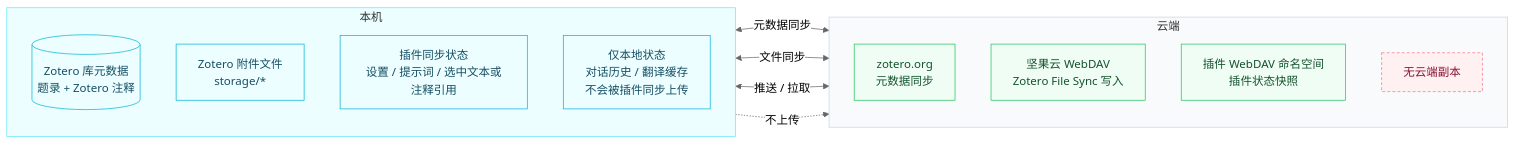
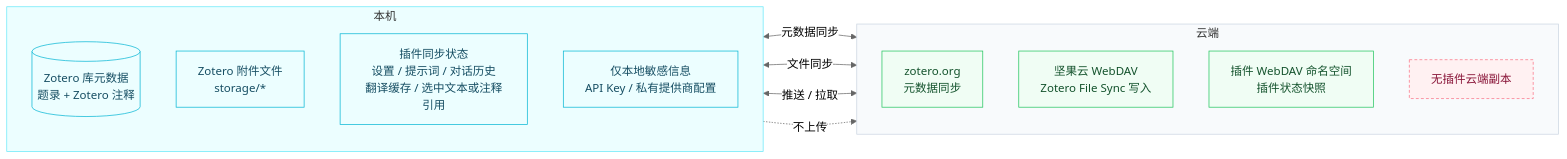
Before and after one commit to zhi-11/zotero-ai-sidebar: the second of 2 diagrams in README.zh-CN.md, drawn with Mermaid (neutral theme). The commit also changed other lines of this file and 1 other file, not shown here.

````diff
--- a/README.zh-CN.md
+++ b/README.zh-CN.md
@@ -172,30 +176,30 @@
 ```mermaid
 flowchart LR
     subgraph Local[本机]
         direction TB
         Lib[(Zotero 库元数据<br/>题录 + Zotero 注释)]
         Storage[Zotero 附件文件<br/>storage/*]
-        Plugin[插件同步状态<br/>设置 / 提示词 / 选中文本或注释引用]
-        LocalState[仅本地状态<br/>对话历史 / 翻译缓存<br/>不会被插件同步上传]
+        Plugin[插件同步状态<br/>设置 / 提示词 / 对话历史<br/>翻译缓存 / 选中文本或注释引用]
+        Secrets[仅本地敏感信息<br/>API Key / 私有提供商配置]
     end
     subgraph Cloud[云端]
         direction TB
         ZS[zotero.org<br/>元数据同步]
         WD1[坚果云 WebDAV<br/>Zotero File Sync 写入]
         WD2[插件 WebDAV 命名空间<br/>插件状态快照]
-        NoCloud[无云端副本]
+        NoCloud[无插件云端副本]
     end
     Lib <-->|元数据同步| ZS
     Storage <-->|文件同步| WD1
     Plugin <-->|推送 / 拉取| WD2
-    LocalState -.不上传.-> NoCloud
+    Secrets -.不上传.-> NoCloud
 
     classDef local fill:#ecfeff,stroke:#06b6d4,color:#164e63,stroke-width:1px;
     classDef cloud fill:#f0fdf4,stroke:#22c55e,color:#14532d,stroke-width:1px;
     classDef blocked fill:#fff1f2,stroke:#fb7185,color:#881337,stroke-width:1px,stroke-dasharray:4 3;
-    class Lib,Storage,Plugin,LocalState local;
+    class Lib,Storage,Plugin,Secrets local;
     class ZS,WD1,WD2 cloud;
     class NoCloud blocked;
     style Local fill:#ecfeff,stroke:#67e8f9,stroke-width:1px
     style Cloud fill:#f8fafc,stroke:#cbd5e1,stroke-width:1px
 ```
````
